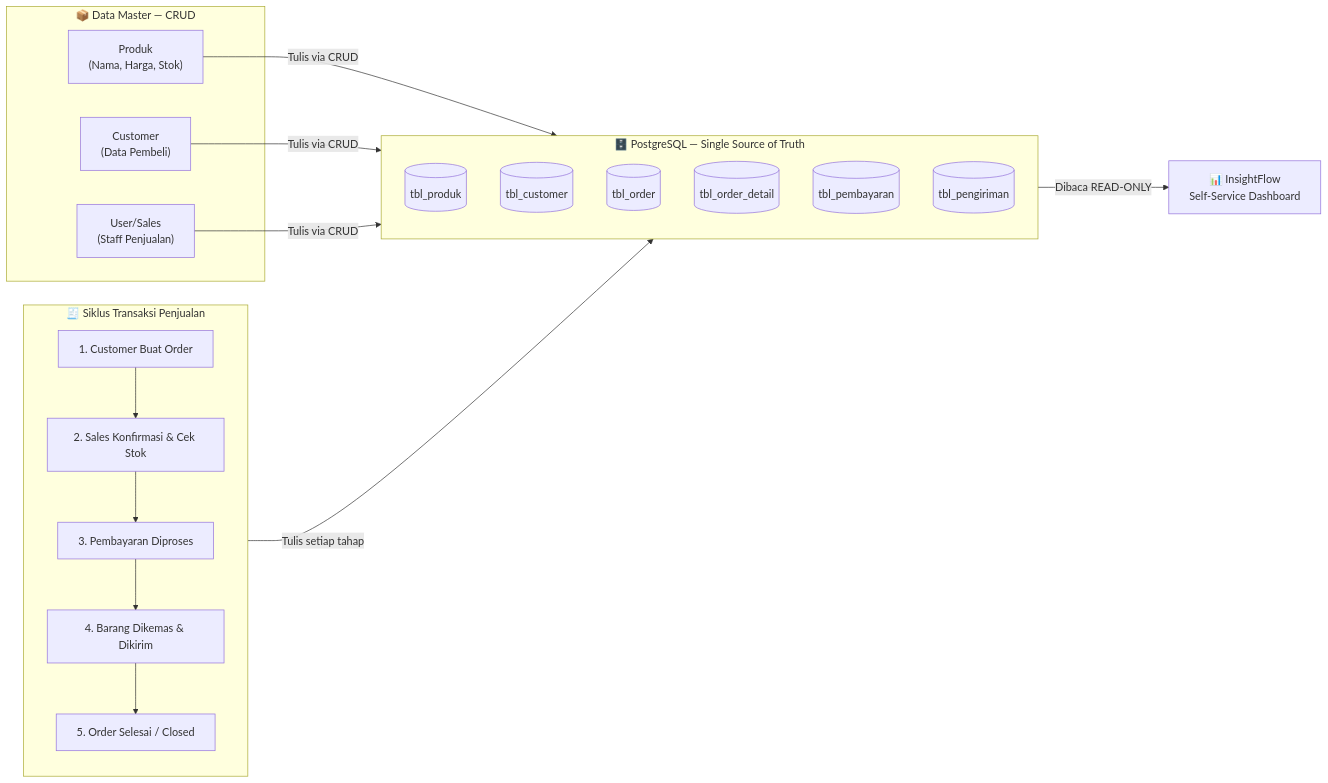
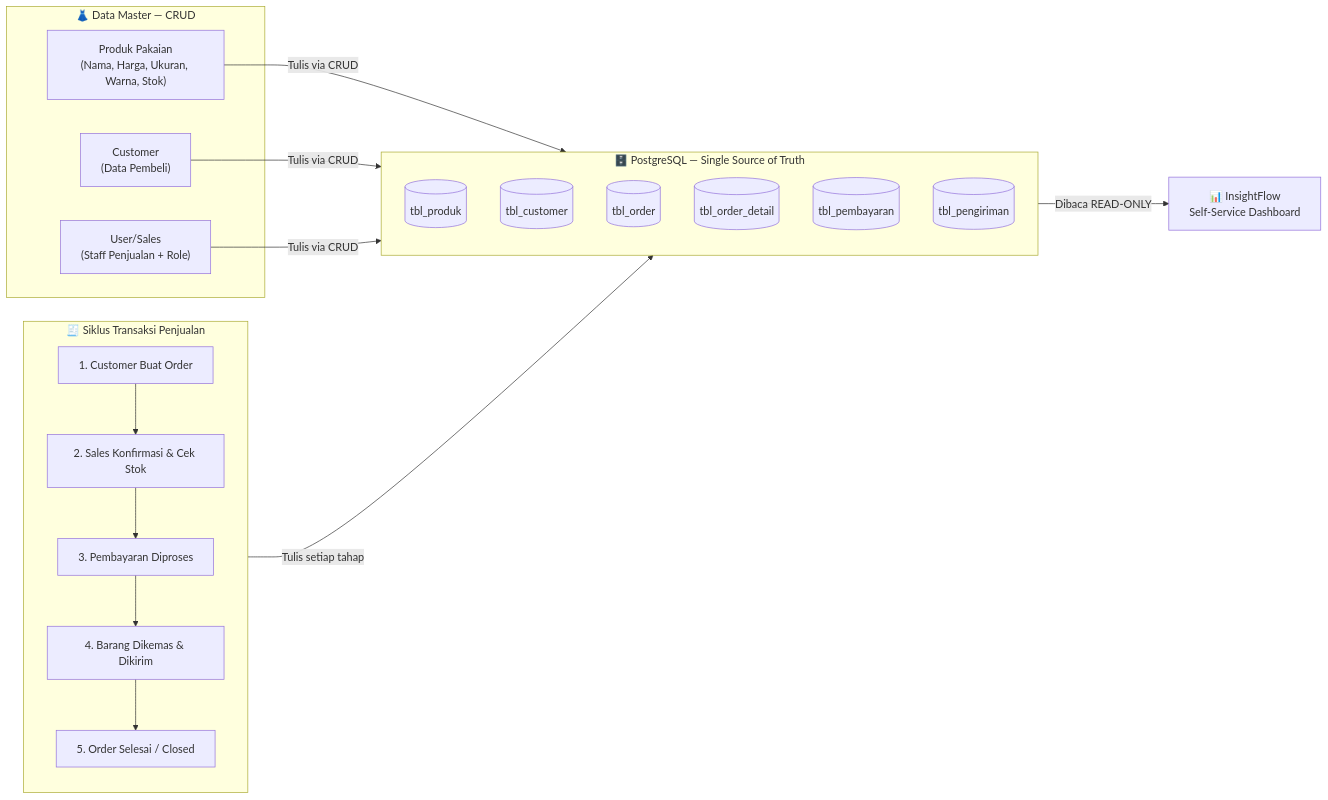
The first of 10 diagrams in Self_Service_AI_Dashboard_PRD.md (FadhliPohan/training-ai), drawn with Mermaid before and after one commit. The commit also changed other lines of this file and 1 other file, not shown here.

````diff
--- a/Self_Service_AI_Dashboard_PRD.md
+++ b/Self_Service_AI_Dashboard_PRD.md
@@ -59,30 +65,30 @@
 ```mermaid
 flowchart LR
-    subgraph MASTER ["📦 Data Master — CRUD"]
-        P["Produk\n(Nama, Harga, Stok)"]
+    subgraph MASTER ["👗 Data Master — CRUD"]
+        P["Produk Pakaian\n(Nama, Harga, Ukuran, Warna, Stok)"]
         C["Customer\n(Data Pembeli)"]
-        U["User/Sales\n(Staff Penjualan)"]
+        U["User/Sales\n(Staff Penjualan + Role)"]
     end
 
     subgraph TRX ["🧾 Siklus Transaksi Penjualan"]
         direction TB
         T1["1. Customer Buat Order"] -->
         T2["2. Sales Konfirmasi & Cek Stok"] -->
         T3["3. Pembayaran Diproses"] -->
         T4["4. Barang Dikemas & Dikirim"] -->
         T5["5. Order Selesai / Closed"]
     end
 
     subgraph DB ["🗄️ PostgreSQL — Single Source of Truth"]
         DB1[("tbl_produk")]
         DB2[("tbl_customer")]
         DB3[("tbl_order")]
         DB4[("tbl_order_detail")]
         DB5[("tbl_pembayaran")]
         DB6[("tbl_pengiriman")]
     end
 
     P & C & U -->|Tulis via CRUD| DB
     TRX -->|Tulis setiap tahap| DB
     DB -->|"Dibaca READ-ONLY"| DASH["📊 InsightFlow\nSelf-Service Dashboard"]
 ```
````
